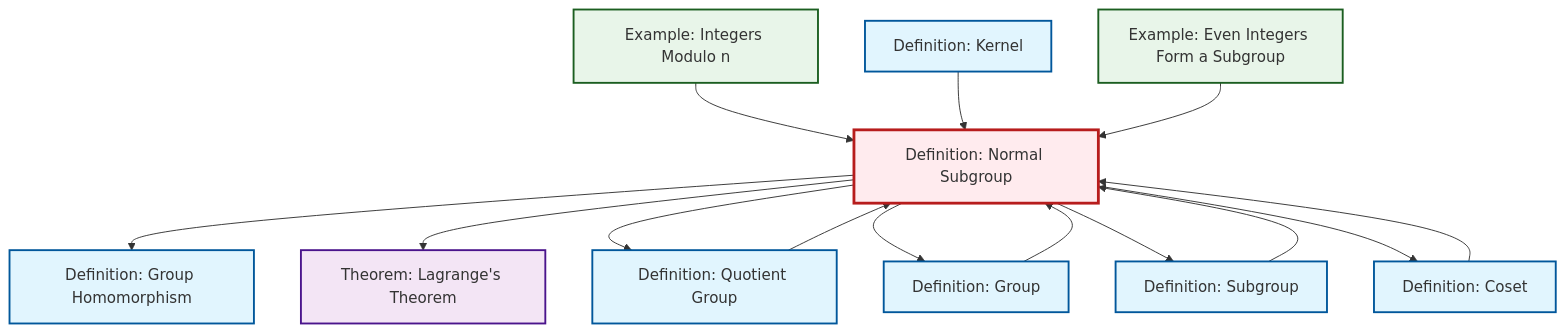
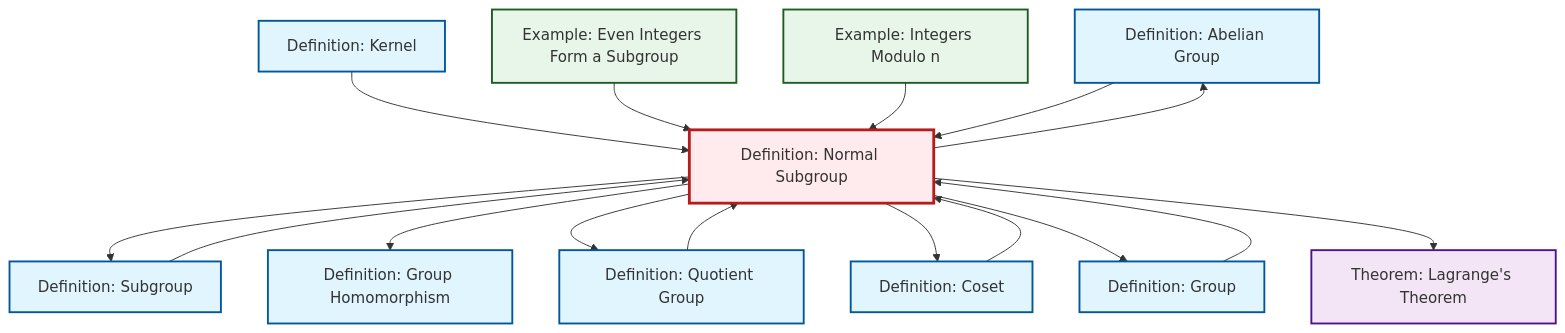
One commit to RK0429/ModernMath changed the diagram in content/ja/algebra/def-normal-subgroup.qmd. Above: the diagram before and after it, drawn with Mermaid. The commit also changed other lines of this file and 474 other files, not shown here.

````diff
--- a/content/ja/algebra/def-normal-subgroup.qmd
+++ b/content/ja/algebra/def-normal-subgroup.qmd
@@ -91,42 +92,46 @@
 ```{mermaid}
 %%| fig-cap: "Local dependency graph"
 graph TD
     classDef definition fill:#e1f5fe,stroke:#01579b,stroke-width:2px
     classDef theorem fill:#f3e5f5,stroke:#4a148c,stroke-width:2px
     classDef axiom fill:#fff3e0,stroke:#e65100,stroke-width:2px
     classDef example fill:#e8f5e9,stroke:#1b5e20,stroke-width:2px
     classDef current fill:#ffebee,stroke:#b71c1c,stroke-width:3px
+    def-abelian-group["Definition: Abelian Group"]:::definition
+    def-quotient-group["Definition: Quotient Group"]:::definition
     ex-quotient-integers-mod-n["Example: Integers Modulo n"]:::example
+    thm-lagrange["Theorem: Lagrange's Theorem"]:::theorem
+    def-kernel["Definition: Kernel"]:::definition
     def-coset["Definition: Coset"]:::definition
+    def-homomorphism["Definition: Group Homomorphism"]:::definition
+    def-normal-subgroup["Definition: Normal Subgroup"]:::definition
+    ex-even-integers-subgroup["Example: Even Integers Form a Subgroup"]:::example
     def-group["Definition: Group"]:::definition
-    def-homomorphism["Definition: Group Homomorphism"]:::definition
-    def-kernel["Definition: Kernel"]:::definition
-    def-normal-subgroup["Definition: Normal Subgroup"]:::definition
-    def-quotient-group["Definition: Quotient Group"]:::definition
-    thm-lagrange["Theorem: Lagrange's Theorem"]:::theorem
-    ex-even-integers-subgroup["Example: Even Integers Form a Subgroup"]:::example
     def-subgroup["Definition: Subgroup"]:::definition
+    def-kernel --> def-normal-subgroup
+    ex-even-integers-subgroup --> def-normal-subgroup
+    def-normal-subgroup --> def-subgroup
+    def-normal-subgroup --> def-abelian-group
     def-normal-subgroup --> def-homomorphism
+    def-normal-subgroup --> def-quotient-group
+    def-quotient-group --> def-normal-subgroup
+    def-group --> def-normal-subgroup
+    ex-quotient-integers-mod-n --> def-normal-subgroup
+    def-abelian-group --> def-normal-subgroup
+    def-normal-subgroup --> def-coset
+    def-subgroup --> def-normal-subgroup
+    def-normal-subgroup --> def-group
     def-normal-subgroup --> thm-lagrange
-    ex-quotient-integers-mod-n --> def-normal-subgroup
-    def-kernel --> def-normal-subgroup
-    def-subgroup --> def-normal-subgroup
-    def-quotient-group --> def-normal-subgroup
-    def-normal-subgroup --> def-quotient-group
-    def-normal-subgroup --> def-group
-    ex-even-integers-subgroup --> def-normal-subgroup
-    def-group --> def-normal-subgroup
-    def-normal-subgroup --> def-subgroup
-    def-normal-subgroup --> def-coset
     def-coset --> def-normal-subgroup
     class def-normal-subgroup current
+    click def-abelian-group "def-abelian-group.html" "Definition: Abelian Groupへ"
+    click def-quotient-group "def-quotient-group.html" "Definition: Quotient Groupへ"
     click ex-quotient-integers-mod-n "ex-quotient-integers-mod-n.html" "Example: Integers Modulo nへ"
+    click thm-lagrange "thm-lagrange.html" "Theorem: Lagrange's Theoremへ"
+    click def-kernel "def-kernel.html" "Definition: Kernelへ"
     click def-coset "def-coset.html" "Definition: Cosetへ"
+    click def-homomorphism "def-homomorphism.html" "Definition: Group Homomorphismへ"
+    click ex-even-integers-subgroup "ex-even-integers-subgroup.html" "Example: Even Integers Form a Subgroupへ"
     click def-group "def-group.html" "Definition: Groupへ"
-    click def-homomorphism "def-homomorphism.html" "Definition: Group Homomorphismへ"
-    click def-kernel "def-kernel.html" "Definition: Kernelへ"
-    click def-quotient-group "def-quotient-group.html" "Definition: Quotient Groupへ"
-    click thm-lagrange "thm-lagrange.html" "Theorem: Lagrange's Theoremへ"
-    click ex-even-integers-subgroup "ex-even-integers-subgroup.html" "Example: Even Integers Form a Subgroupへ"
     click def-subgroup "def-subgroup.html" "Definition: Subgroupへ"
 ```
````
